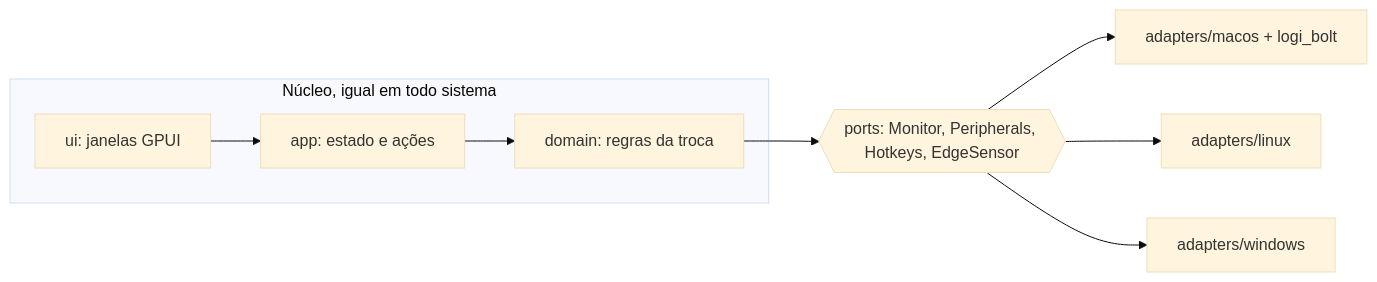
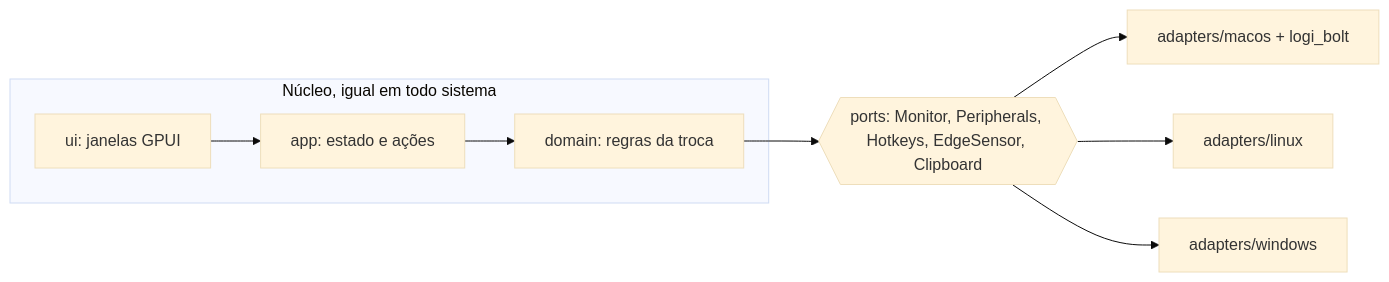
One commit to mpgxc/kvm-switch changed the diagram in README.md. Above: the diagram before and after it, drawn with Mermaid (base theme). The commit also changed other lines of this file and 1 other file, not shown here.

Commit message:
document the clipboard sharing

````diff
--- a/README.md
+++ b/README.md
@@ -174,11 +192,11 @@
 ```mermaid
 flowchart LR
   subgraph nucleo [Núcleo, igual em todo sistema]
     ui[ui: janelas GPUI] --> app[app: estado e ações]
     app --> domain[domain: regras da troca]
   end
-  domain --> ports{{ports: Monitor, Peripherals, Hotkeys, EdgeSensor}}
+  domain --> ports{{ports: Monitor, Peripherals, Hotkeys, EdgeSensor, Clipboard}}
   ports --> mac[adapters/macos + logi_bolt]
   ports --> linux[adapters/linux]
   ports --> windows[adapters/windows]
 ```
````
